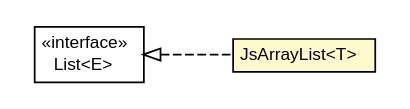
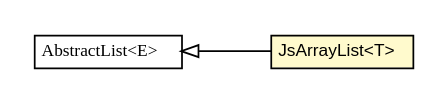
One commit to growbit/turbogwt-core changed the diagram in javadoc/apidocs/org/turbogwt/core/js/collections/JsArrayList.dot. Above: the diagram before and after it, drawn with Graphviz. The commit also changed 111 other files, not shown here.

```diff
--- a/javadoc/apidocs/org/turbogwt/core/js/collections/JsArrayList.dot
+++ b/javadoc/apidocs/org/turbogwt/core/js/collections/JsArrayList.dot
@@ -1,28 +1,27 @@
 #!/usr/local/bin/dot
 #
 # Class diagram 
 # Generated by UMLGraph version R5_6-24-gf6e263 (http://www.umlgraph.org/)
 #
 
 digraph G {
 	edge [fontname="arial",fontsize=10,labelfontname="arial",labelfontsize=10];
 	node [fontname="arial",fontsize=10,shape=plaintext];
 	nodesep=0.25;
 	ranksep=0.5;
 	rankdir=LR;
 	// org.turbogwt.core.js.collections.JsArrayList<T>
-	c138 [label=<<table title="org.turbogwt.core.js.collections.JsArrayList" border="0" cellborder="1" cellspacing="0" cellpadding="2" port="p" bgcolor="lemonChiffon" href="./JsArrayList.html">
+	c148 [label=<<table title="org.turbogwt.core.js.collections.JsArrayList" border="0" cellborder="1" cellspacing="0" cellpadding="2" port="p" bgcolor="lemonChiffon" href="./JsArrayList.html">
 		<tr><td><table border="0" cellspacing="0" cellpadding="1">
 <tr><td align="center" balign="center"> JsArrayList&lt;T&gt; </td></tr>
 		</table></td></tr>
 		</table>>, URL="./JsArrayList.html", fontname="arial", fontcolor="black", fontsize=10.0];
-	//org.turbogwt.core.js.collections.JsArrayList<T> implements java.util.List<E>
-	c151:p -> c138:p [dir=back,arrowtail=empty,style=dashed];
-	// java.util.List<E>
-	c151 [label=<<table title="java.util.List" border="0" cellborder="1" cellspacing="0" cellpadding="2" port="p" href="http://download.oracle.com/javase/7/docs/api/java/util/List.html">
+	//org.turbogwt.core.js.collections.JsArrayList<T> extends java.util.AbstractList<T>
+	c162:p -> c148:p [dir=back,arrowtail=empty];
+	// java.util.AbstractList<E>
+	c162 [label=<<table title="java.util.AbstractList" border="0" cellborder="1" cellspacing="0" cellpadding="2" port="p" href="http://download.oracle.com/javase/7/docs/api/java/util/AbstractList.html">
 		<tr><td><table border="0" cellspacing="0" cellpadding="1">
-<tr><td align="center" balign="center"> &#171;interface&#187; </td></tr>
-<tr><td align="center" balign="center"> List&lt;E&gt; </td></tr>
+<tr><td align="center" balign="center"><font face="arial italic"> AbstractList&lt;E&gt; </font></td></tr>
 		</table></td></tr>
-		</table>>, URL="http://download.oracle.com/javase/7/docs/api/java/util/List.html", fontname="arial", fontcolor="black", fontsize=10.0];
+		</table>>, URL="http://download.oracle.com/javase/7/docs/api/java/util/AbstractList.html", fontname="arial", fontcolor="black", fontsize=10.0];
 }
```
